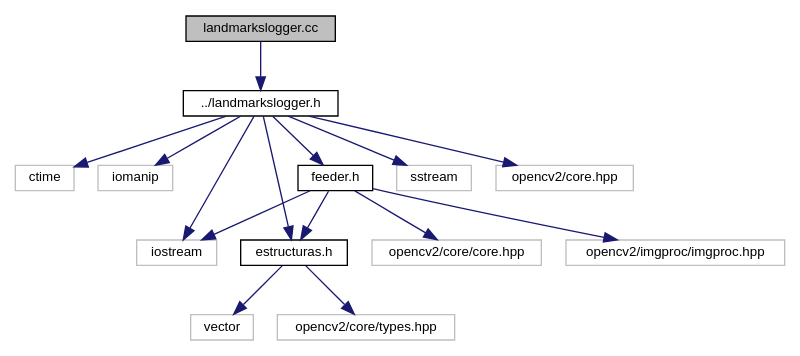
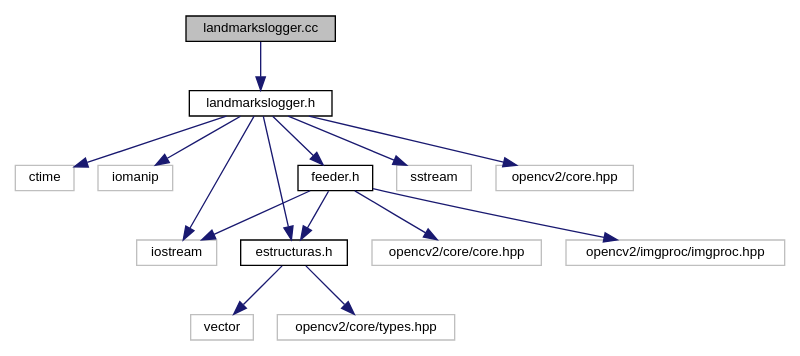
Before and after one commit to agustinavila/ProyectoVision: the diagram in landmarkslogger_8cc__incl.dot, drawn with Graphviz. The commit also changed 95 other files, not shown here.

```diff
--- a/landmarkslogger_8cc__incl.dot
+++ b/landmarkslogger_8cc__incl.dot
@@ -1,33 +1,33 @@
 digraph "landmarkslogger.cc"
 {
  // LATEX_PDF_SIZE
   edge [fontname="Helvetica",fontsize="10",labelfontname="Helvetica",labelfontsize="10"];
   node [fontname="Helvetica",fontsize="10",shape=record];
   Node1 [label="landmarkslogger.cc",height=0.2,width=0.4,color="black", fillcolor="grey75", style="filled", fontcolor="black",tooltip="Implementacion de la clase LandmarksLogger."];
   Node1 -> Node2 [color="midnightblue",fontsize="10",style="solid",fontname="Helvetica"];
-  Node2 [label="../landmarkslogger.h",height=0.2,width=0.4,color="black", fillcolor="white", style="filled",URL="$landmarkslogger_8h.html",tooltip="Archivo de cabecera de la clase LandmarksLogger."];
+  Node2 [label="landmarkslogger.h",height=0.2,width=0.4,color="black", fillcolor="white", style="filled",URL="$landmarkslogger_8h.html",tooltip="Archivo de cabecera de la clase LandmarksLogger."];
   Node2 -> Node3 [color="midnightblue",fontsize="10",style="solid",fontname="Helvetica"];
   Node3 [label="ctime",height=0.2,width=0.4,color="grey75", fillcolor="white", style="filled",tooltip=" "];
   Node2 -> Node4 [color="midnightblue",fontsize="10",style="solid",fontname="Helvetica"];
   Node4 [label="iomanip",height=0.2,width=0.4,color="grey75", fillcolor="white", style="filled",tooltip=" "];
   Node2 -> Node5 [color="midnightblue",fontsize="10",style="solid",fontname="Helvetica"];
   Node5 [label="iostream",height=0.2,width=0.4,color="grey75", fillcolor="white", style="filled",tooltip=" "];
   Node2 -> Node6 [color="midnightblue",fontsize="10",style="solid",fontname="Helvetica"];
   Node6 [label="sstream",height=0.2,width=0.4,color="grey75", fillcolor="white", style="filled",tooltip=" "];
   Node2 -> Node7 [color="midnightblue",fontsize="10",style="solid",fontname="Helvetica"];
   Node7 [label="estructuras.h",height=0.2,width=0.4,color="black", fillcolor="white", style="filled",URL="$estructuras_8h.html",tooltip="Descripcion de distintas estructuras de datos usadas por la clase."];
   Node7 -> Node8 [color="midnightblue",fontsize="10",style="solid",fontname="Helvetica"];
   Node8 [label="vector",height=0.2,width=0.4,color="grey75", fillcolor="white", style="filled",tooltip=" "];
   Node7 -> Node9 [color="midnightblue",fontsize="10",style="solid",fontname="Helvetica"];
   Node9 [label="opencv2/core/types.hpp",height=0.2,width=0.4,color="grey75", fillcolor="white", style="filled",tooltip=" "];
   Node2 -> Node10 [color="midnightblue",fontsize="10",style="solid",fontname="Helvetica"];
   Node10 [label="feeder.h",height=0.2,width=0.4,color="black", fillcolor="white", style="filled",URL="$feeder_8h.html",tooltip="Archivo de cabecera de la clase abstracta Feeder."];
   Node10 -> Node5 [color="midnightblue",fontsize="10",style="solid",fontname="Helvetica"];
   Node10 -> Node7 [color="midnightblue",fontsize="10",style="solid",fontname="Helvetica"];
   Node10 -> Node11 [color="midnightblue",fontsize="10",style="solid",fontname="Helvetica"];
   Node11 [label="opencv2/core/core.hpp",height=0.2,width=0.4,color="grey75", fillcolor="white", style="filled",tooltip=" "];
   Node10 -> Node12 [color="midnightblue",fontsize="10",style="solid",fontname="Helvetica"];
   Node12 [label="opencv2/imgproc/imgproc.hpp",height=0.2,width=0.4,color="grey75", fillcolor="white", style="filled",tooltip=" "];
   Node2 -> Node13 [color="midnightblue",fontsize="10",style="solid",fontname="Helvetica"];
   Node13 [label="opencv2/core.hpp",height=0.2,width=0.4,color="grey75", fillcolor="white", style="filled",tooltip=" "];
 }
```
